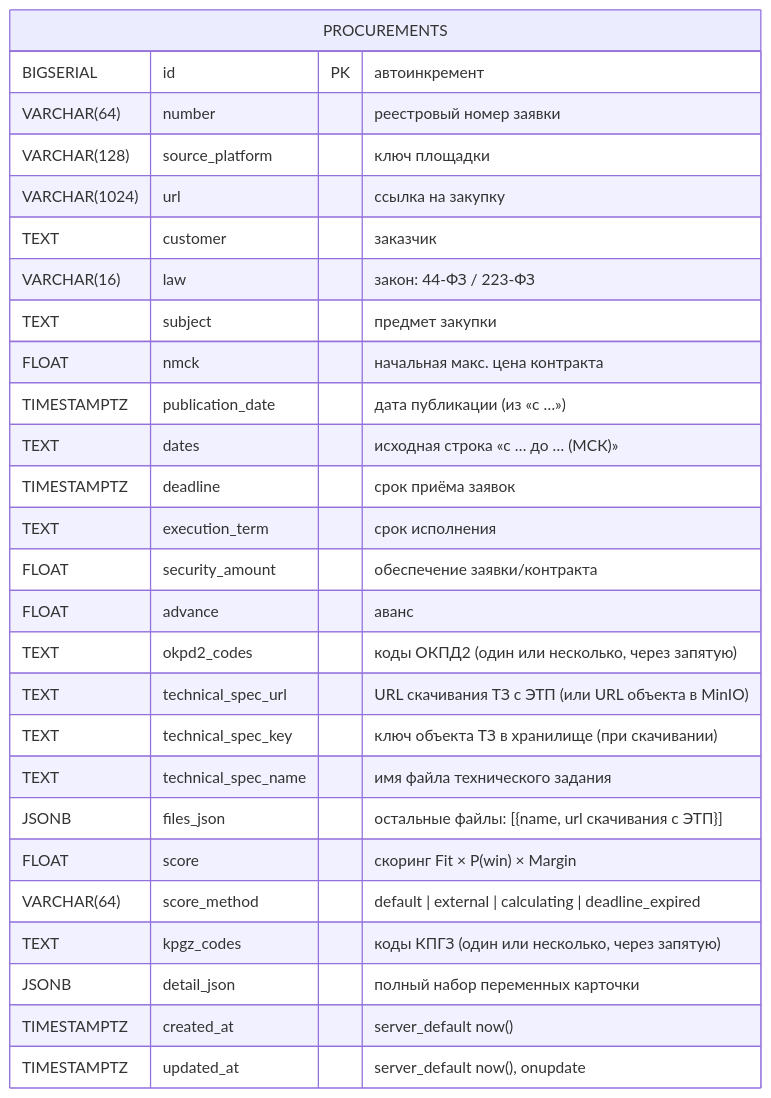
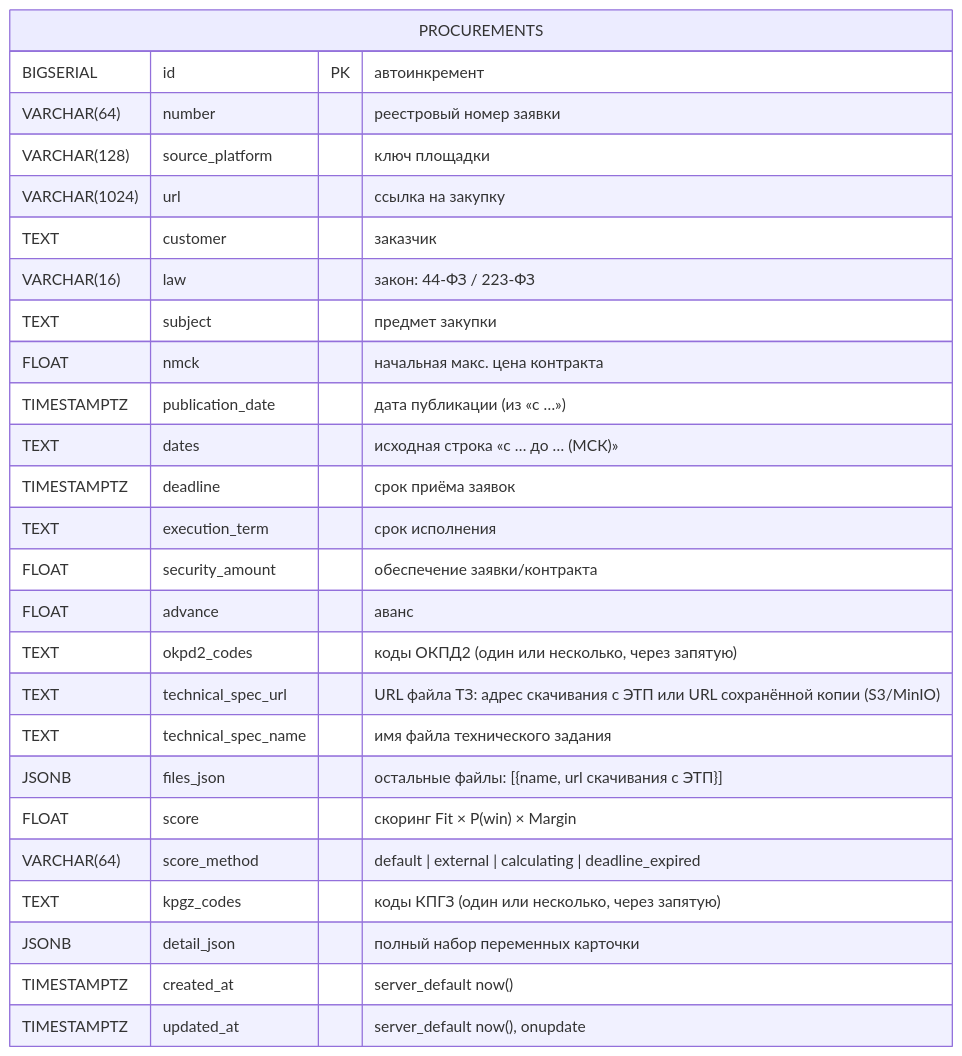
Before and after one commit to igorvolk1961/zakupki_parser: the diagram in docs/c4/db-schema.md, drawn with Mermaid. The commit also changed 11 other files, not shown here.

First line of the commit message:
feat: ТЗ доступно по URL (S3); убрано поле technical_spec_key; контракт внешнего сервиса

````diff
--- a/docs/c4/db-schema.md
+++ b/docs/c4/db-schema.md
@@ -6,34 +6,33 @@
 ```mermaid
 erDiagram
     PROCUREMENTS {
         BIGSERIAL id PK "автоинкремент"
         VARCHAR(64) number "реестровый номер заявки"
         VARCHAR(128) source_platform "ключ площадки"
         VARCHAR(1024) url "ссылка на закупку"
         TEXT customer "заказчик"
         VARCHAR(16) law "закон: 44-ФЗ / 223-ФЗ"
         TEXT subject "предмет закупки"
         FLOAT nmck "начальная макс. цена контракта"
         TIMESTAMPTZ publication_date "дата публикации (из «с …»)"
         TEXT dates "исходная строка «с … до … (МСК)»"
         TIMESTAMPTZ deadline "срок приёма заявок"
         TEXT execution_term "срок исполнения"
         FLOAT security_amount "обеспечение заявки/контракта"
         FLOAT advance "аванс"
         TEXT okpd2_codes "коды ОКПД2 (один или несколько, через запятую)"
-        TEXT technical_spec_url "URL скачивания ТЗ с ЭТП (или URL объекта в MinIO)"
-        TEXT technical_spec_key "ключ объекта ТЗ в хранилище (при скачивании)"
+        TEXT technical_spec_url "URL файла ТЗ: адрес скачивания с ЭТП или URL сохранённой копии (S3/MinIO)"
         TEXT technical_spec_name "имя файла технического задания"
         JSONB files_json "остальные файлы: [{name, url скачивания с ЭТП}]"
         FLOAT score "скоринг Fit × P(win) × Margin"
         VARCHAR(64) score_method "default | external | calculating | deadline_expired"
         TEXT kpgz_codes "коды КПГЗ (один или несколько, через запятую)"
         JSONB detail_json "полный набор переменных карточки"
         TIMESTAMPTZ created_at "server_default now()"
         TIMESTAMPTZ updated_at "server_default now(), onupdate"
     }
 
     %% Схема имеет одну таблицу. Дата последней обработанной записи
     %% НЕ хранится в БД — она получается SQL-запросом, а порог по умолчанию
     %% хранится в state-файле data/last_seen.json и конфиге config_service.yaml.
 ```
````
